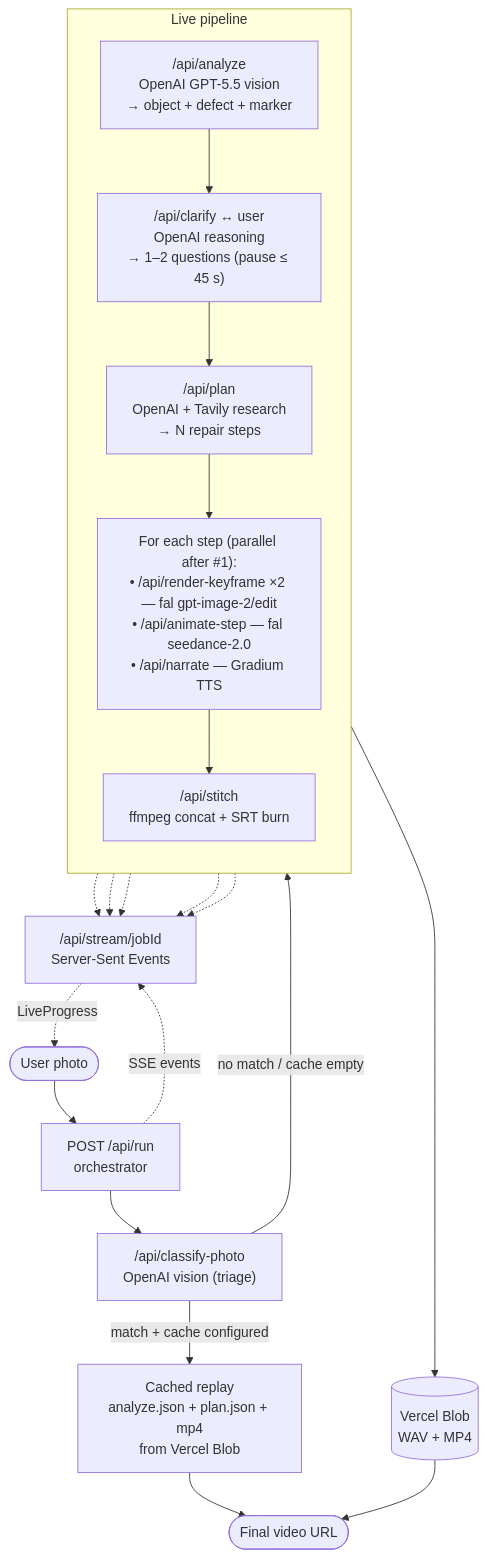
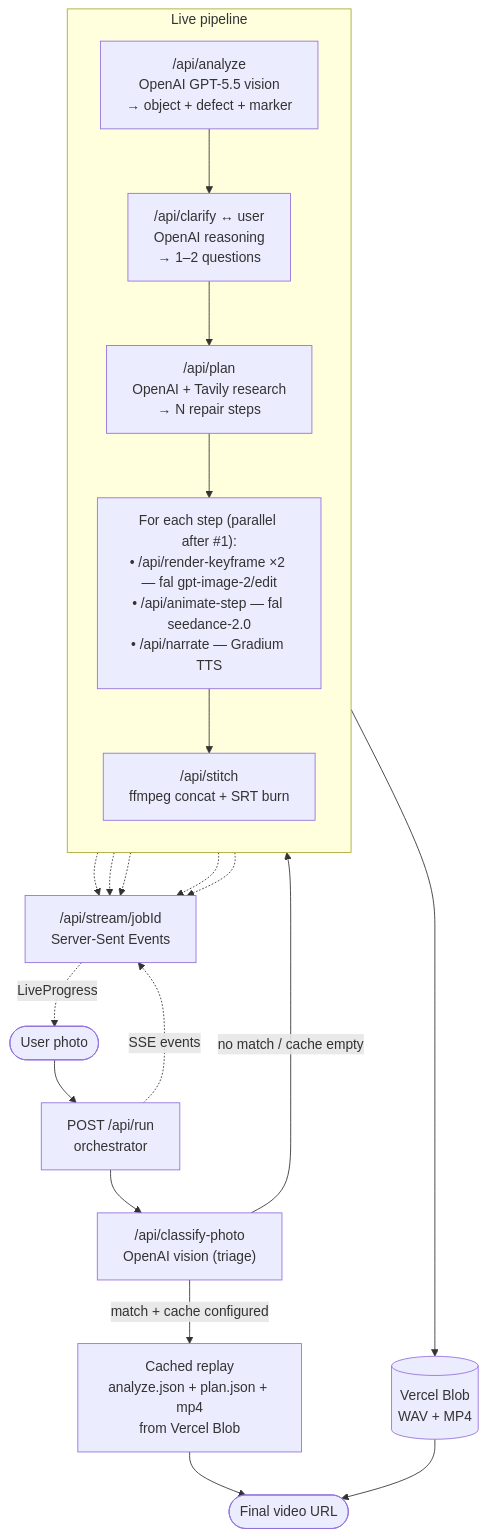
One commit to jolehuit/fixit changed the diagram in README.md. Above: the diagram before and after it, drawn with Mermaid. The commit also changed other lines of this file, not shown here.

````diff
--- a/README.md
+++ b/README.md
@@ -26,33 +20,33 @@
 ```mermaid
 flowchart TD
     User([User photo])
     User --> Run
 
     Run["POST /api/run<br/>orchestrator"]
 
     Run --> Classify["/api/classify-photo<br/>OpenAI vision (triage)"]
     Classify -->|match + cache configured| Cached["Cached replay<br/>analyze.json + plan.json + mp4<br/>from Vercel Blob"]
     Classify -->|no match / cache empty| Live
 
     subgraph Live["Live pipeline"]
         direction TB
         Analyze["/api/analyze<br/>OpenAI GPT-5.5 vision<br/>→ object + defect + marker"]
-        Clarify["/api/clarify ↔ user<br/>OpenAI reasoning<br/>→ 1–2 questions (pause ≤ 45 s)"]
+        Clarify["/api/clarify ↔ user<br/>OpenAI reasoning<br/>→ 1–2 questions"]
         Plan["/api/plan<br/>OpenAI + Tavily research<br/>→ N repair steps"]
         StepLoop["For each step (parallel after #1):<br/>• /api/render-keyframe ×2 — fal gpt-image-2/edit<br/>• /api/animate-step — fal seedance-2.0<br/>• /api/narrate — Gradium TTS"]
         Stitch["/api/stitch<br/>ffmpeg concat + SRT burn"]
         Analyze --> Clarify --> Plan --> StepLoop --> Stitch
     end
 
     Stitch --> Blob[(Vercel Blob<br/>WAV + MP4)]
     Cached --> Result
     Blob --> Result([Final video URL])
 
     Run -.->|SSE events| Stream
     Analyze -.-> Stream
     Clarify -.-> Stream
     Plan -.-> Stream
     StepLoop -.-> Stream
     Stitch -.-> Stream
     Stream["/api/stream/jobId<br/>Server-Sent Events"] -.->|LiveProgress| User
 ```
````
